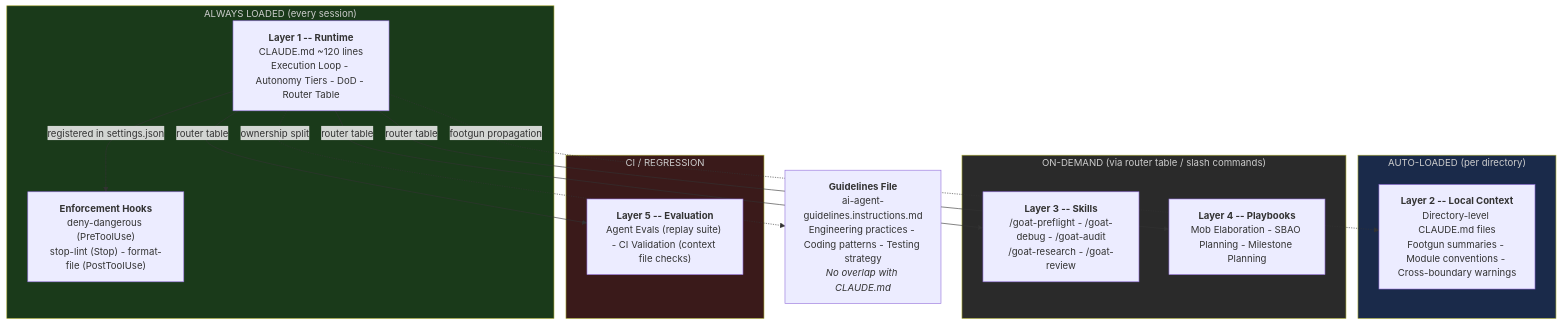
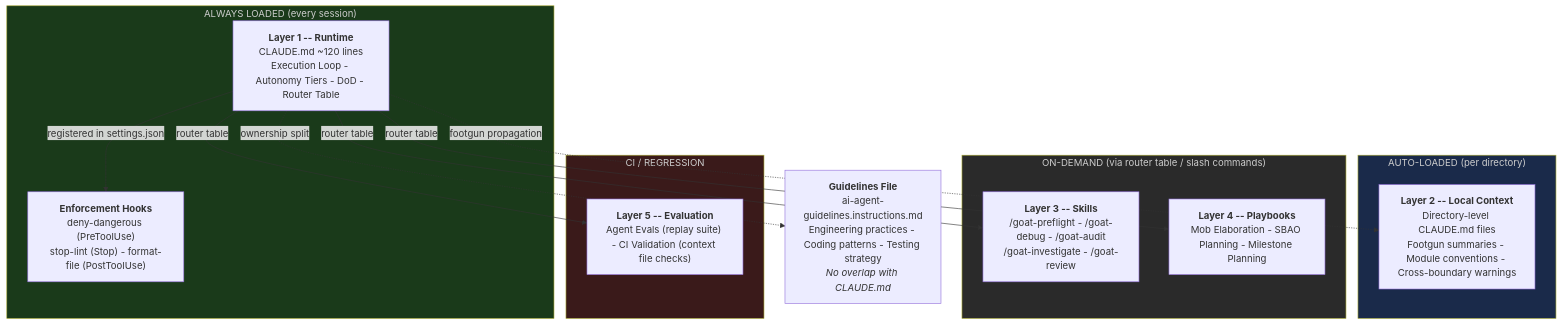
The first of 2 diagrams in docs/reference/design-rationale.md (blundergoat/goat-flow), drawn with Mermaid before and after one commit. The commit also changed 26 other files, not shown here.

First line of the commit message:
Rename goat-research → goat-investigate, add goat-plan + goat-test, 7 system improvements

````diff
--- a/docs/reference/design-rationale.md
+++ b/docs/reference/design-rationale.md
@@ -30,34 +30,34 @@
 ```mermaid
 flowchart TB
     subgraph ALWAYS["ALWAYS LOADED (every session)"]
         L1["<b>Layer 1 -- Runtime</b><br/>CLAUDE.md ~120 lines<br/>Execution Loop - Autonomy Tiers - DoD - Router Table"]
         HOOKS["<b>Enforcement Hooks</b><br/>deny-dangerous (PreToolUse)<br/>stop-lint (Stop) - format-file (PostToolUse)"]
     end
 
     subgraph AUTO["AUTO-LOADED (per directory)"]
         L2["<b>Layer 2 -- Local Context</b><br/>Directory-level CLAUDE.md files<br/>Footgun summaries - Module conventions - Cross-boundary warnings"]
     end
 
     subgraph DEMAND["ON-DEMAND (via router table / slash commands)"]
-        L3["<b>Layer 3 -- Skills</b><br/>/goat-preflight - /goat-debug - /goat-audit<br/>/goat-research - /goat-review"]
+        L3["<b>Layer 3 -- Skills</b><br/>/goat-preflight - /goat-debug - /goat-audit<br/>/goat-investigate - /goat-review"]
         L4["<b>Layer 4 -- Playbooks</b><br/>Mob Elaboration - SBAO Planning - Milestone Planning"]
     end
 
     subgraph CICD["CI / REGRESSION"]
         L5["<b>Layer 5 -- Evaluation</b><br/>Agent Evals (replay suite) - CI Validation (context file checks)"]
     end
 
     GUIDE["<b>Guidelines File</b><br/>ai-agent-guidelines.instructions.md<br/>Engineering practices - Coding patterns - Testing strategy<br/><i>No overlap with CLAUDE.md</i>"]
 
     L1 -- "router table" --> L3
     L1 -- "router table" --> L4
     L1 -- "router table" --> L5
     L1 -. "footgun propagation" .-> L2
     L1 -- "registered in settings.json" --> HOOKS
     L1 -. "ownership split" .-> GUIDE
 
     style ALWAYS fill:#1a3a1a,color:#ccc
     style AUTO fill:#1a2a4a,color:#ccc
     style DEMAND fill:#2a2a2a,color:#ccc
     style CICD fill:#3a1a1a,color:#ccc
 ```
````
